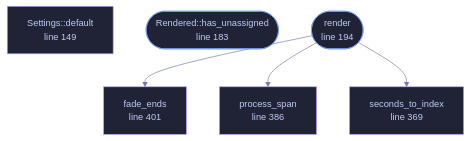
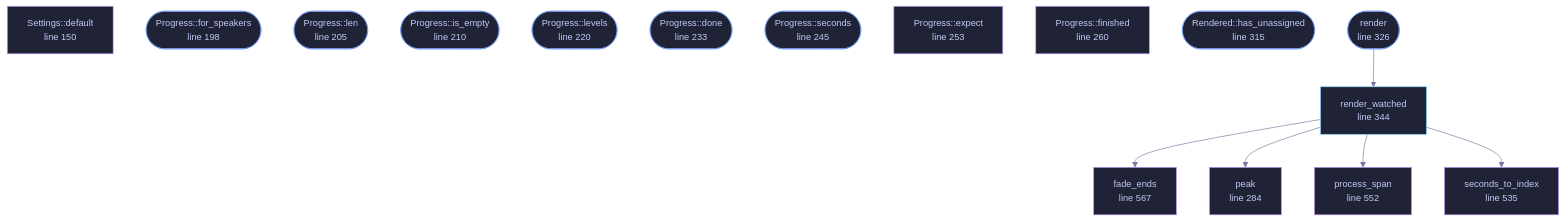
Before and after one commit to tilas01/veilvoice: the diagram in wiki/File-veilvoice-conversation-render.md, drawn with Mermaid. The commit also changed other lines of this file and 36 other files, not shown here.

````diff
--- a/wiki/File-veilvoice-conversation-render.md
+++ b/wiki/File-veilvoice-conversation-render.md
@@ -170,23 +178,47 @@
 ```mermaid
 %%{init: {"theme":"base","themeVariables":{"background":"#1a1b26","primaryColor":"#1f2335","primaryTextColor":"#c0caf5","primaryBorderColor":"#7aa2f7","secondaryColor":"#16161e","tertiaryColor":"#16161e","lineColor":"#737aa2","textColor":"#c0caf5","mainBkg":"#1f2335","nodeBorder":"#7aa2f7","clusterBkg":"#16161e","clusterBorder":"#2f3549","fontFamily":"ui-monospace, SFMono-Regular, Consolas, monospace","fontSize":"14px"}}}%%
 flowchart TD
-    n_default["Settings::default<br/>line 149"]
-    n_has_unassigned(["Rendered::has_unassigned<br/>line 183"])
-    n_render(["render<br/>line 194"])
-    n_seconds_to_index["seconds_to_index<br/>line 369"]
-    n_process_span["process_span<br/>line 386"]
-    n_fade_ends["fade_ends<br/>line 401"]
-    n_render --> n_fade_ends
-    n_render --> n_process_span
-    n_render --> n_seconds_to_index
-    click n_default href "https://github.com/tilas01/veilvoice/blob/main/crates/veilvoice-conversation/src/render.rs#L149" "open the source"
-    click n_has_unassigned href "https://github.com/tilas01/veilvoice/blob/main/crates/veilvoice-conversation/src/render.rs#L183" "open the source"
-    click n_render href "https://github.com/tilas01/veilvoice/blob/main/crates/veilvoice-conversation/src/render.rs#L194" "open the source"
-    click n_seconds_to_index href "https://github.com/tilas01/veilvoice/blob/main/crates/veilvoice-conversation/src/render.rs#L369" "open the source"
-    click n_process_span href "https://github.com/tilas01/veilvoice/blob/main/crates/veilvoice-conversation/src/render.rs#L386" "open the source"
-    click n_fade_ends href "https://github.com/tilas01/veilvoice/blob/main/crates/veilvoice-conversation/src/render.rs#L401" "open the source"
+    n_default["Settings::default<br/>line 150"]
+    n_for_speakers(["Progress::for_speakers<br/>line 198"])
+    n_len(["Progress::len<br/>line 205"])
+    n_is_empty(["Progress::is_empty<br/>line 210"])
+    n_levels(["Progress::levels<br/>line 220"])
+    n_done(["Progress::done<br/>line 233"])
+    n_seconds(["Progress::seconds<br/>line 245"])
+    n_expect["Progress::expect<br/>line 253"]
+    n_finished["Progress::finished<br/>line 260"]
+    n_peak["peak<br/>line 284"]
+    n_has_unassigned(["Rendered::has_unassigned<br/>line 315"])
+    n_render(["render<br/>line 326"])
+    n_render_watched["render_watched<br/>line 344"]
+    n_seconds_to_index["seconds_to_index<br/>line 535"]
+    n_process_span["process_span<br/>line 552"]
+    n_fade_ends["fade_ends<br/>line 567"]
+    n_render --> n_render_watched
+    n_render_watched --> n_fade_ends
+    n_render_watched --> n_peak
+    n_render_watched --> n_process_span
+    n_render_watched --> n_seconds_to_index
+    click n_default href "https://github.com/tilas01/veilvoice/blob/main/crates/veilvoice-conversation/src/render.rs#L150" "open the source"
+    click n_for_speakers href "https://github.com/tilas01/veilvoice/blob/main/crates/veilvoice-conversation/src/render.rs#L198" "open the source"
+    click n_len href "https://github.com/tilas01/veilvoice/blob/main/crates/veilvoice-conversation/src/render.rs#L205" "open the source"
+    click n_is_empty href "https://github.com/tilas01/veilvoice/blob/main/crates/veilvoice-conversation/src/render.rs#L210" "open the source"
+    click n_levels href "https://github.com/tilas01/veilvoice/blob/main/crates/veilvoice-conversation/src/render.rs#L220" "open the source"
+    click n_done href "https://github.com/tilas01/veilvoice/blob/main/crates/veilvoice-conversation/src/render.rs#L233" "open the source"
+    click n_seconds href "https://github.com/tilas01/veilvoice/blob/main/crates/veilvoice-conversation/src/render.rs#L245" "open the source"
+    click n_expect href "https://github.com/tilas01/veilvoice/blob/main/crates/veilvoice-conversation/src/render.rs#L253" "open the source"
+    click n_finished href "https://github.com/tilas01/veilvoice/blob/main/crates/veilvoice-conversation/src/render.rs#L260" "open the source"
+    click n_peak href "https://github.com/tilas01/veilvoice/blob/main/crates/veilvoice-conversation/src/render.rs#L284" "open the source"
+    click n_has_unassigned href "https://github.com/tilas01/veilvoice/blob/main/crates/veilvoice-conversation/src/render.rs#L315" "open the source"
+    click n_render href "https://github.com/tilas01/veilvoice/blob/main/crates/veilvoice-conversation/src/render.rs#L326" "open the source"
+    click n_render_watched href "https://github.com/tilas01/veilvoice/blob/main/crates/veilvoice-conversation/src/render.rs#L344" "open the source"
+    click n_seconds_to_index href "https://github.com/tilas01/veilvoice/blob/main/crates/veilvoice-conversation/src/render.rs#L535" "open the source"
+    click n_process_span href "https://github.com/tilas01/veilvoice/blob/main/crates/veilvoice-conversation/src/render.rs#L552" "open the source"
+    click n_fade_ends href "https://github.com/tilas01/veilvoice/blob/main/crates/veilvoice-conversation/src/render.rs#L567" "open the source"
     classDef entry fill:#1f2335,stroke:#7aa2f7,color:#c0caf5
-    class n_has_unassigned,n_render entry
+    class n_for_speakers,n_len,n_is_empty,n_levels,n_done,n_seconds,n_has_unassigned,n_render entry
+    classDef api fill:#1f2335,stroke:#7dcfff,color:#c0caf5
+    class n_render_watched api
     classDef helper fill:#1f2335,stroke:#bb9af7,color:#c0caf5
-    class n_default,n_seconds_to_index,n_process_span,n_fade_ends helper
+    class n_default,n_expect,n_finished,n_peak,n_seconds_to_index,n_process_span,n_fade_ends helper
 ```
````
